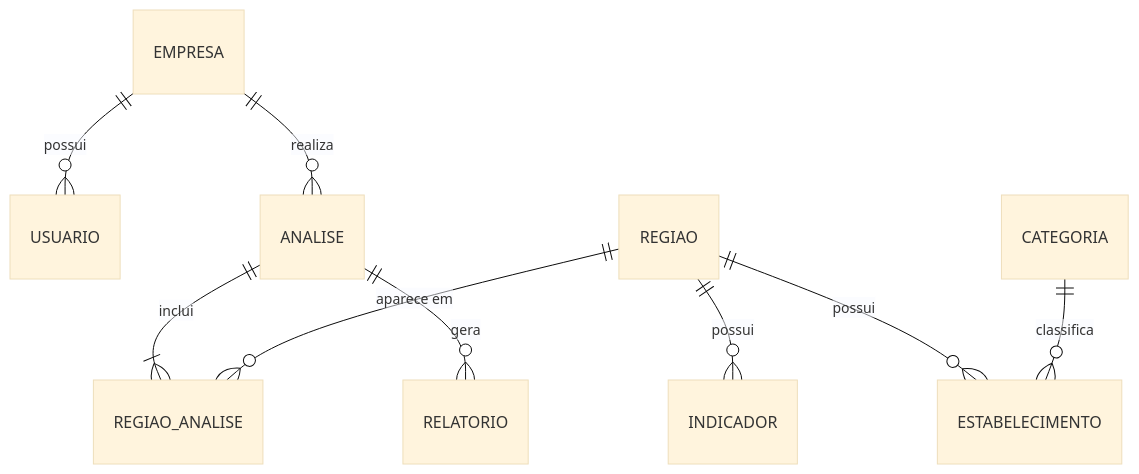
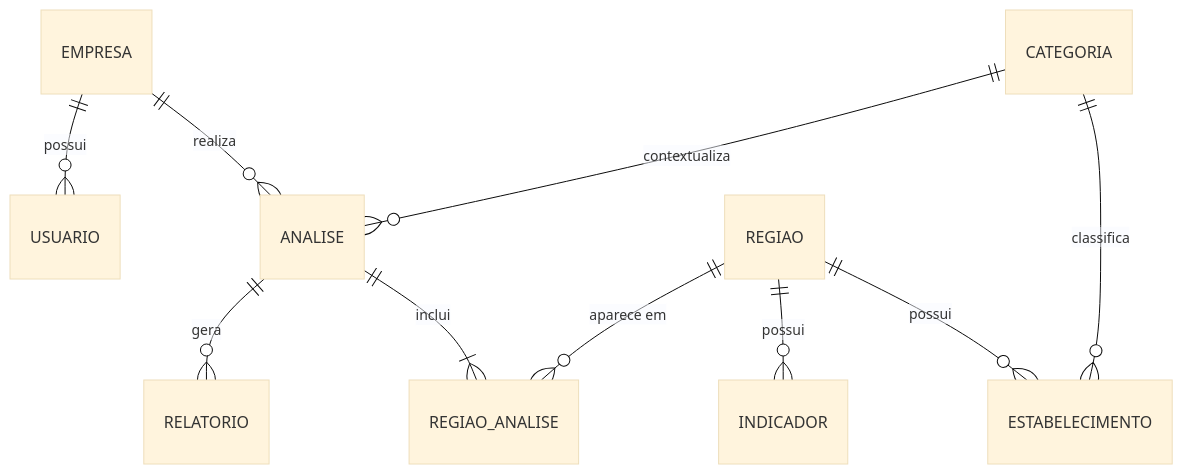
One commit to ogtompson/ponto-zero changed the second of 2 diagrams in README.md. Above: the diagram before and after it, drawn with Mermaid (base theme). The commit also changed other lines of this file and 3 other files, not shown here.

````diff
--- a/README.md
+++ b/README.md
@@ -79,11 +79,12 @@
 ```mermaid
 erDiagram
     EMPRESA ||--o{ USUARIO : possui
     EMPRESA ||--o{ ANALISE : realiza
+    CATEGORIA ||--o{ ANALISE : contextualiza
     ANALISE ||--|{ REGIAO_ANALISE : inclui
     REGIAO ||--o{ REGIAO_ANALISE : "aparece em"
     ANALISE ||--o{ RELATORIO : gera
     REGIAO ||--o{ INDICADOR : possui
     REGIAO ||--o{ ESTABELECIMENTO : possui
     CATEGORIA ||--o{ ESTABELECIMENTO : classifica
 ```
````
